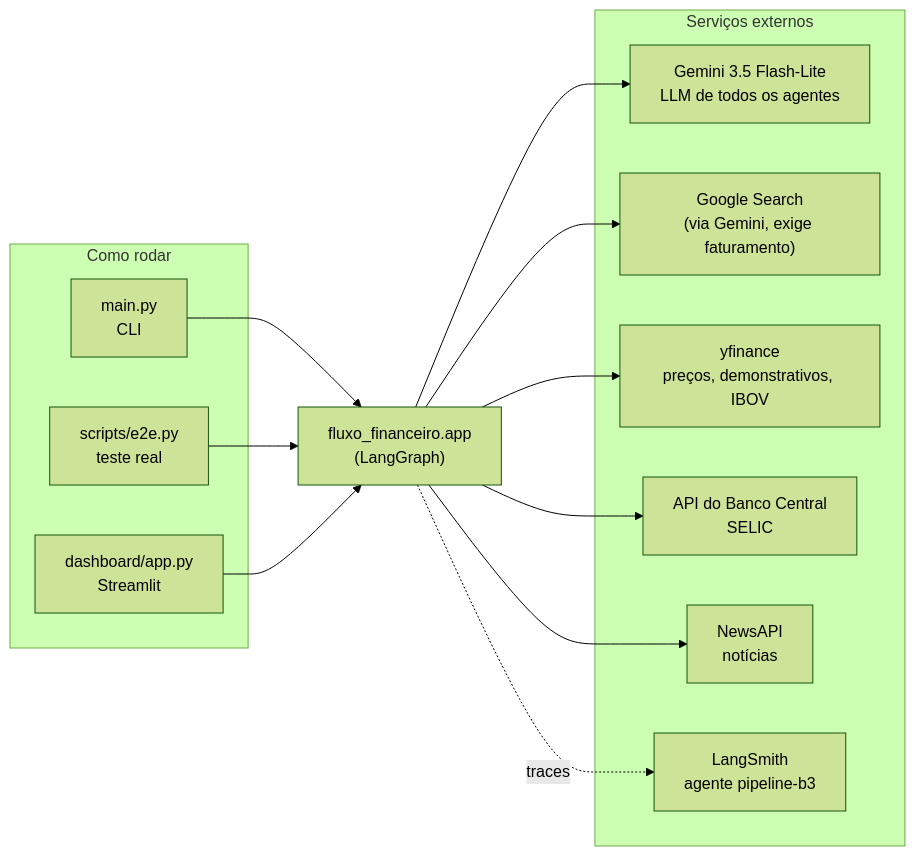
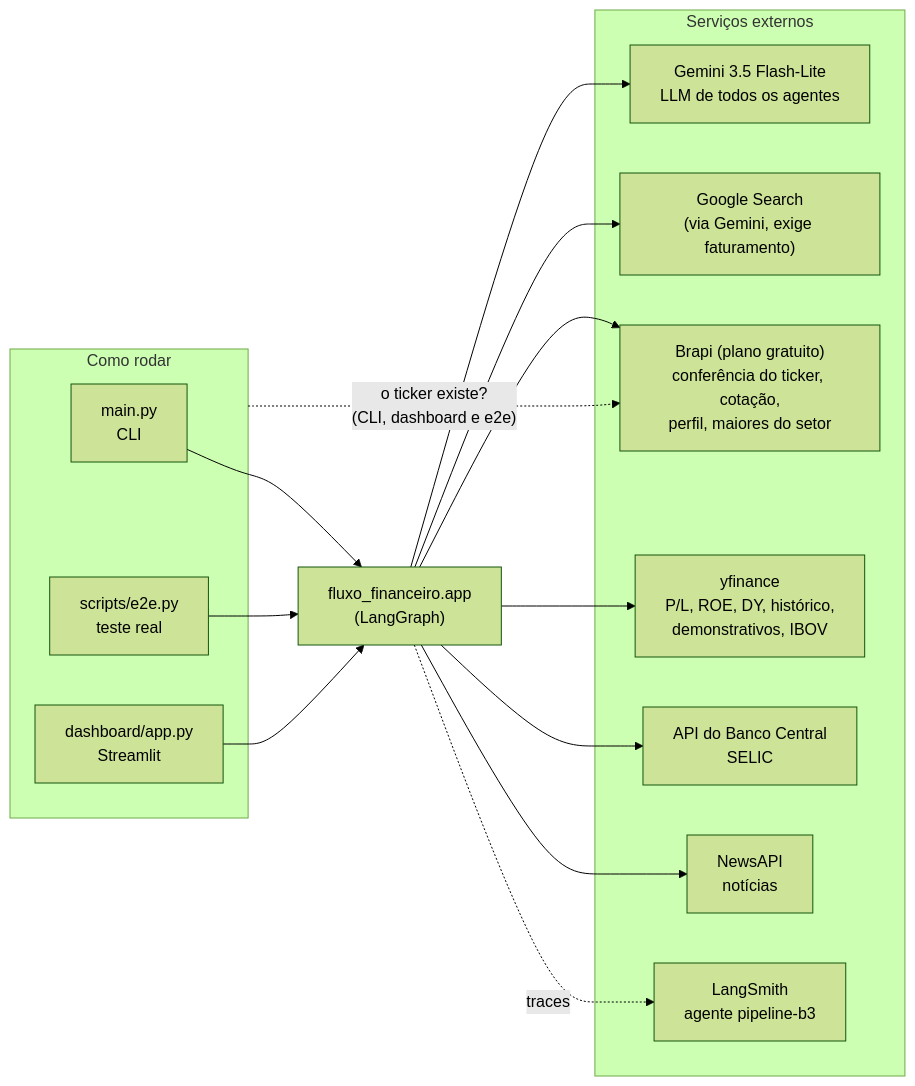
The fifth of 6 diagrams in docs/arquitetura.md (igorc22/pipeline-inteligencia-financeira-b3), drawn with Mermaid (forest theme) before and after one commit. The commit also changed other lines of this file and 2 other files, not shown here.

Commit message:
docs: brapi e moeda dos demonstrativos no diário, na arquitetura e no readme

````diff
--- a/docs/arquitetura.md
+++ b/docs/arquitetura.md
@@ -187,30 +194,33 @@
 ```mermaid
 flowchart LR
     subgraph entrada["Como rodar"]
         CLI["main.py<br/>CLI"]
         DASH["dashboard/app.py<br/>Streamlit"]
         E2E["scripts/e2e.py<br/>teste real"]
     end
 
     APP["fluxo_financeiro.app<br/>(LangGraph)"]
 
     subgraph externos["Serviços externos"]
         GEM["Gemini 3.5 Flash-Lite<br/>LLM de todos os agentes"]
         GS["Google Search<br/>(via Gemini, exige faturamento)"]
-        YF["yfinance<br/>preços, demonstrativos, IBOV"]
+        BRAPI["Brapi (plano gratuito)<br/>conferência do ticker, cotação,<br/>perfil, maiores do setor"]
+        YF["yfinance<br/>P/L, ROE, DY, histórico,<br/>demonstrativos, IBOV"]
         BCB["API do Banco Central<br/>SELIC"]
         NAPI["NewsAPI<br/>notícias"]
         LS["LangSmith<br/>agente pipeline-b3"]
     end
 
     CLI --> APP
     E2E --> APP
     DASH --> APP
+    entrada -.->|"o ticker existe?<br/>(CLI, dashboard e e2e)"| BRAPI
 
     APP --> GEM
     APP --> GS
+    APP --> BRAPI
     APP --> YF
     APP --> BCB
     APP --> NAPI
     APP -.->|"traces"| LS
 ```
````
